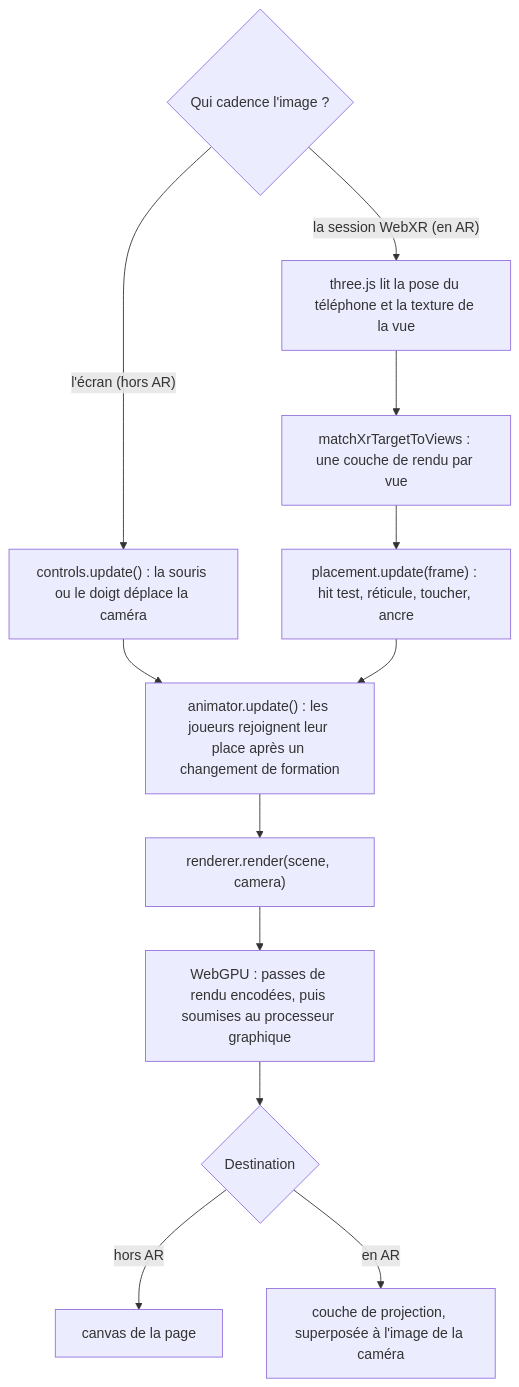
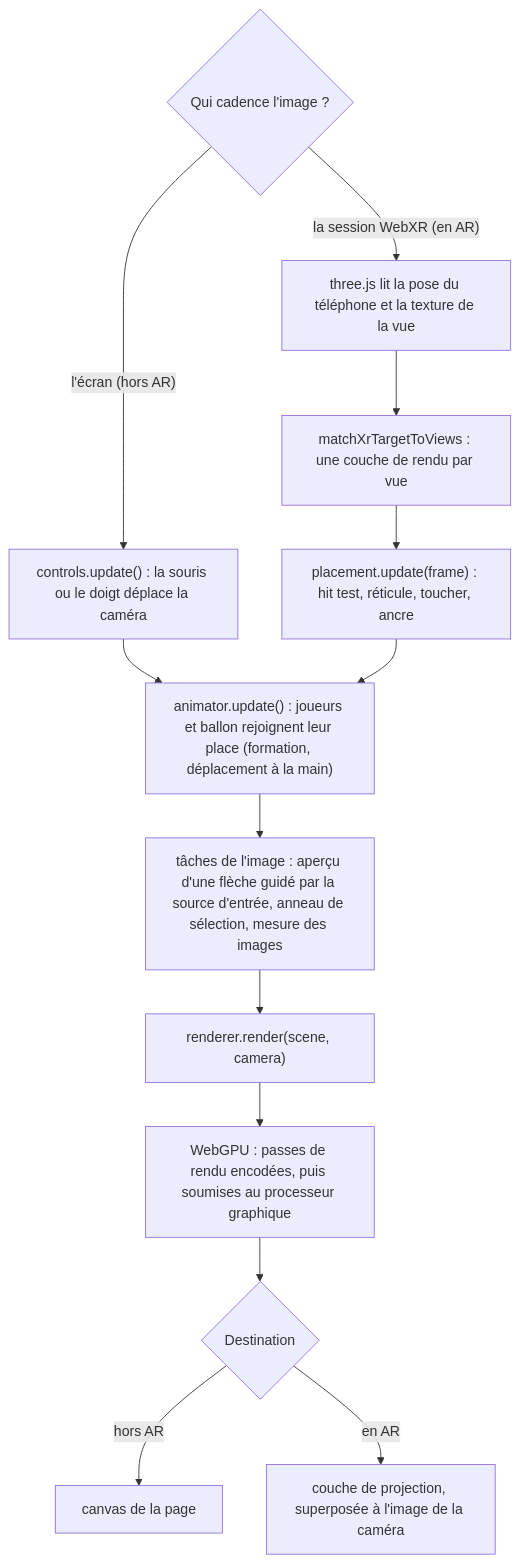
One commit to bilelkhlif/footballsimulator changed the diagram in README.md. Above: the diagram before and after it, drawn with Mermaid. The commit also changed other lines of this file and 6 other files, not shown here.

````diff
--- a/README.md
+++ b/README.md
@@ -100,14 +106,15 @@
 ```mermaid
 flowchart TD
   T{"Qui cadence l'image ?"} -- "l'écran (hors AR)" --> A["controls.update() : la souris ou le doigt déplace la caméra"]
   T -- "la session WebXR (en AR)" --> X["three.js lit la pose du téléphone et la texture de la vue"]
   X --> M["matchXrTargetToViews : une couche de rendu par vue"]
   M --> P["placement.update(frame) : hit test, réticule, toucher, ancre"]
-  A --> AN["animator.update() : les joueurs rejoignent leur place après un changement de formation"]
+  A --> AN["animator.update() : joueurs et ballon rejoignent leur place (formation, déplacement à la main)"]
   P --> AN
-  AN --> R["renderer.render(scene, camera)"]
+  AN --> TK["tâches de l'image : aperçu d'une flèche guidé par la source d'entrée, anneau de sélection, mesure des images"]
+  TK --> R["renderer.render(scene, camera)"]
   R --> G["WebGPU : passes de rendu encodées, puis soumises au processeur graphique"]
   G --> S{"Destination"}
   S -- "hors AR" --> C["canvas de la page"]
   S -- "en AR" --> L["couche de projection, superposée à l'image de la caméra"]
 ```
````
